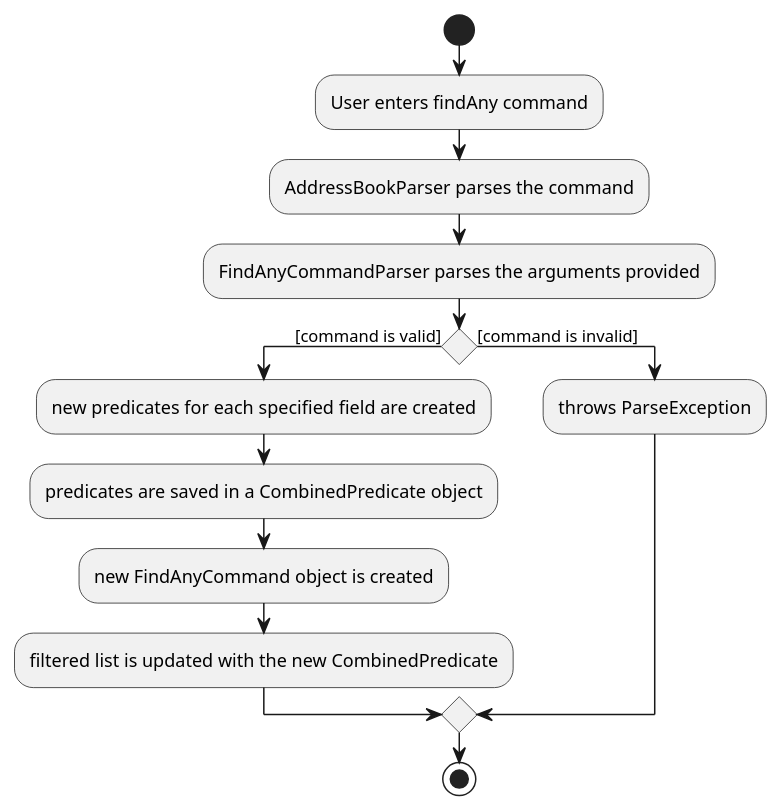
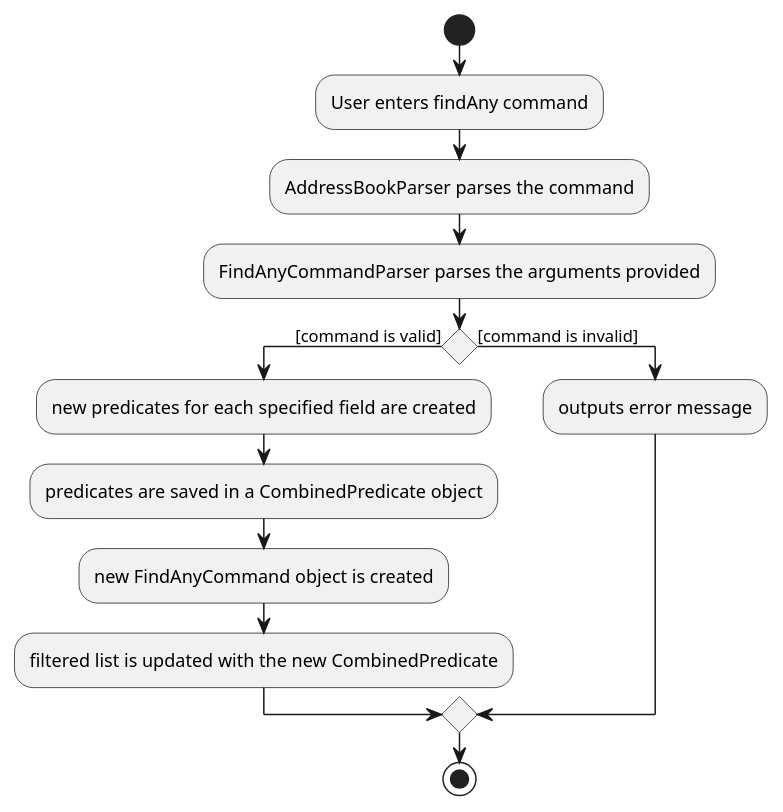
The diagram in docs/diagrams/FindActivityDiagram.puml (pranav-ganesh/tp), drawn with PlantUML before and after one commit. The commit also changed 2 other files, not shown here.

Commit message:
Change "parseException" to "output error message" in activity diagram

```diff
--- a/docs/diagrams/FindActivityDiagram.puml
+++ b/docs/diagrams/FindActivityDiagram.puml
@@ -1,20 +1,19 @@
 @startuml
 'https://plantuml.com/activity-diagram-beta
 
 start
 :User enters findAny command;
 :AddressBookParser parses the command;
 :FindAnyCommandParser parses the arguments provided;
 if () then ([command is valid])
   :new predicates for each specified field are created;
   :predicates are saved in a CombinedPredicate object;
   :new FindAnyCommand object is created;
   :filtered list is updated with the new CombinedPredicate;
 else ([command is invalid])
-  :throws ParseException;
+  :outputs error message;
 endif
-
 
 stop
 
 @enduml
```
